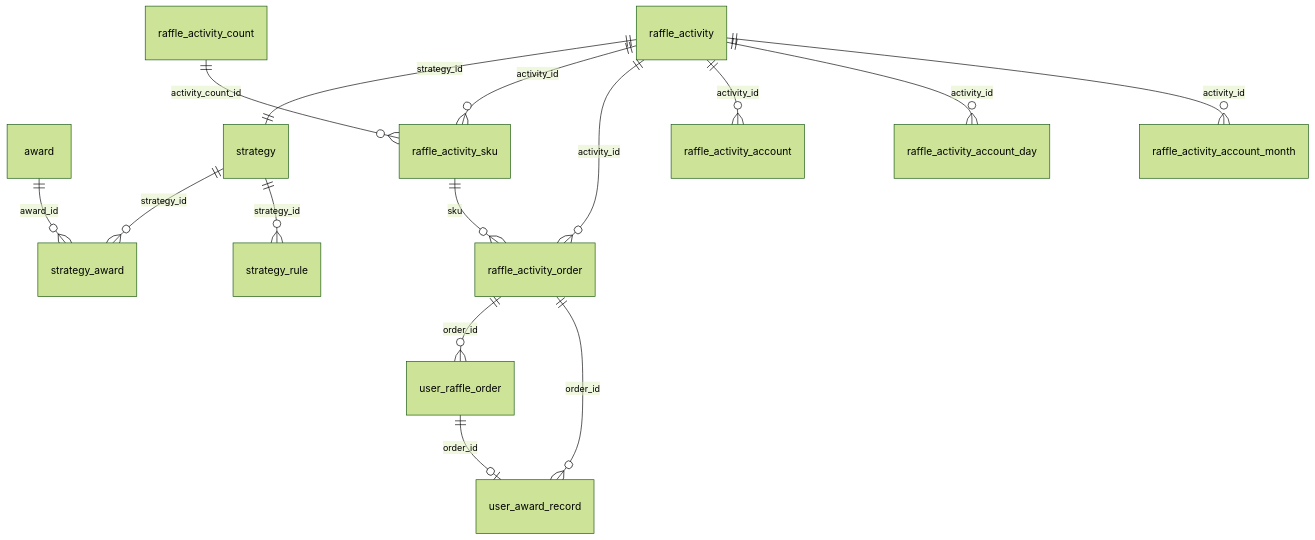
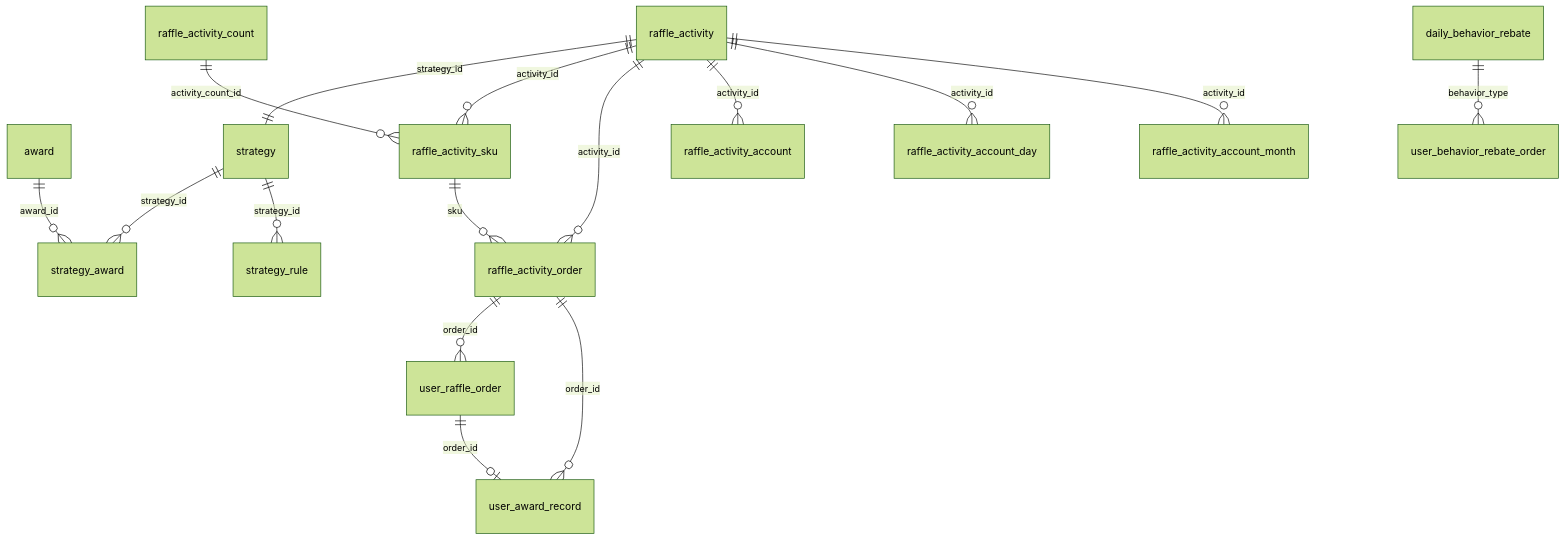
One commit to xiaomage007/marketing changed the diagram in docs/dev-ops/mysql/数据库设计文档.md. Above: the diagram before and after it, drawn with Mermaid (forest theme). The commit also changed other lines of this file and 7 other files, not shown here.

````diff
--- a/docs/dev-ops/mysql/数据库设计文档.md
+++ b/docs/dev-ops/mysql/数据库设计文档.md
@@ -74,17 +81,18 @@
 ```mermaid
 erDiagram
     award ||--o{ strategy_award : "award_id"
     strategy ||--o{ strategy_award : "strategy_id"
     strategy ||--o{ strategy_rule : "strategy_id"
     raffle_activity ||--|| strategy : "strategy_id"
     raffle_activity ||--o{ raffle_activity_sku : "activity_id"
     raffle_activity_count ||--o{ raffle_activity_sku : "activity_count_id"
     raffle_activity_sku ||--o{ raffle_activity_order : "sku"
     raffle_activity ||--o{ raffle_activity_order : "activity_id"
     raffle_activity ||--o{ raffle_activity_account : "activity_id"
     raffle_activity ||--o{ raffle_activity_account_day : "activity_id"
     raffle_activity ||--o{ raffle_activity_account_month : "activity_id"
     raffle_activity_order ||--o{ user_raffle_order : "order_id"
     raffle_activity_order ||--o{ user_award_record : "order_id"
     user_raffle_order ||--o| user_award_record : "order_id"
+    daily_behavior_rebate ||--o{ user_behavior_rebate_order : "behavior_type"
 ```
````
